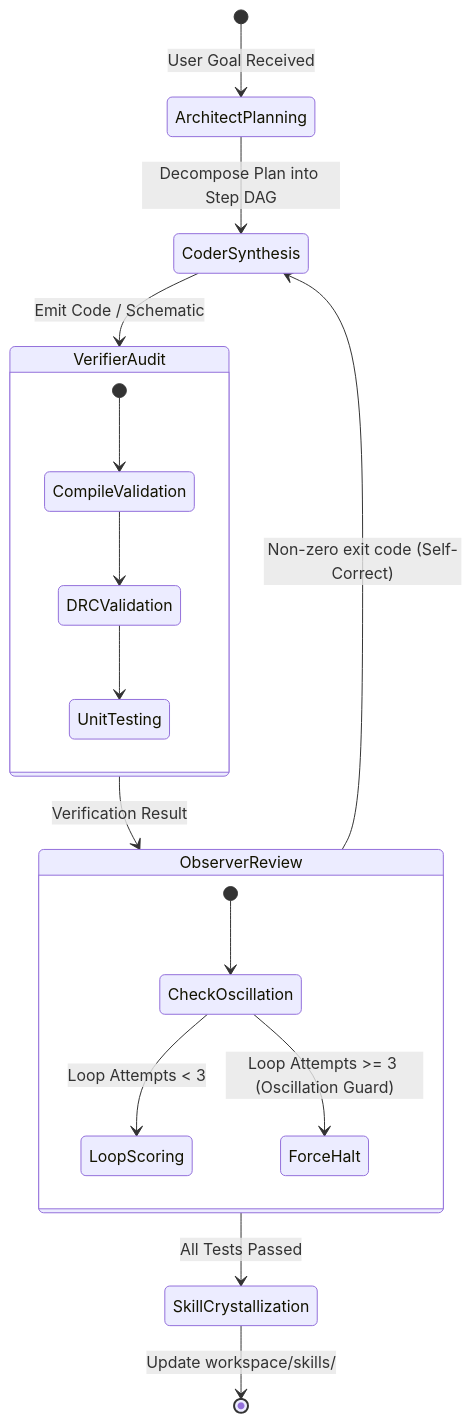
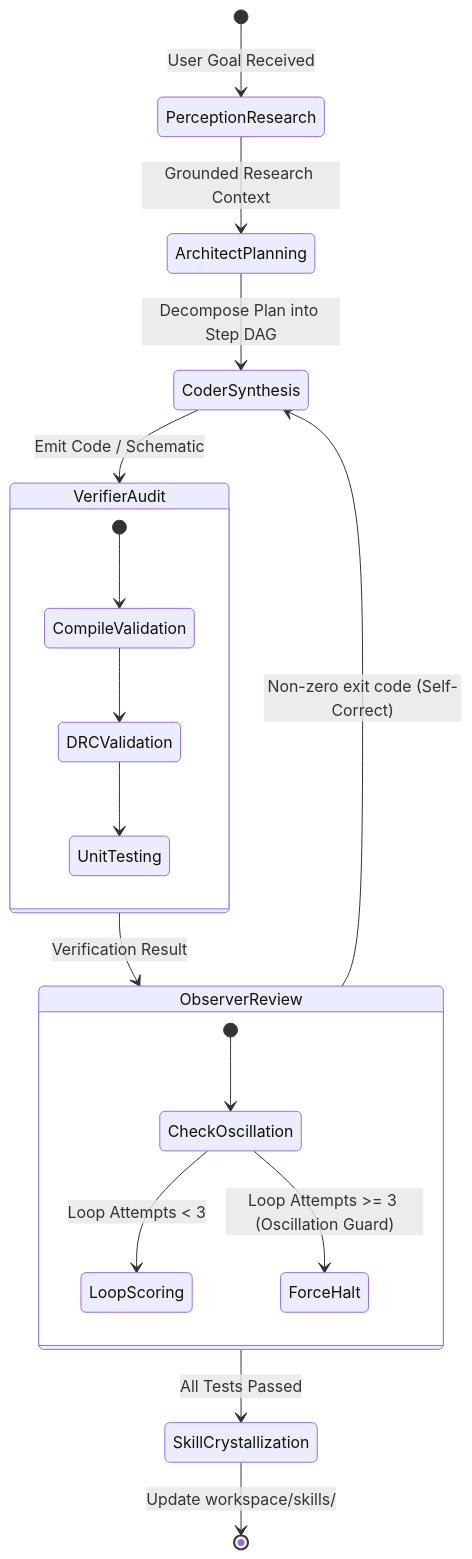
The second of 4 diagrams in diagram.md (FaezBarghasa/Oxide-Tech-Local-Agent), drawn with Mermaid before and after one commit. The commit also changed other lines of this file and 19 other files, not shown here.

````diff
--- a/diagram.md
+++ b/diagram.md
@@ -46,24 +58,25 @@
 ```mermaid
 stateDiagram-v2
-    [*] --> ArchitectPlanning : User Goal Received
+    [*] --> PerceptionResearch : User Goal Received
+    PerceptionResearch --> ArchitectPlanning : Grounded Research Context
     ArchitectPlanning --> CoderSynthesis : Decompose Plan into Step DAG
     CoderSynthesis --> VerifierAudit : Emit Code / Schematic
 
     state VerifierAudit {
         [*] --> CompileValidation
         CompileValidation --> DRCValidation
         DRCValidation --> UnitTesting
     }
 
     VerifierAudit --> ObserverReview : Verification Result
     
     state ObserverReview {
         [*] --> CheckOscillation
         CheckOscillation --> LoopScoring : Loop Attempts < 3
         CheckOscillation --> ForceHalt : Loop Attempts >= 3 (Oscillation Guard)
     }
 
     ObserverReview --> CoderSynthesis : Non-zero exit code (Self-Correct)
     ObserverReview --> SkillCrystallization : All Tests Passed
     SkillCrystallization --> [*] : Update workspace/skills/
 ```
````
